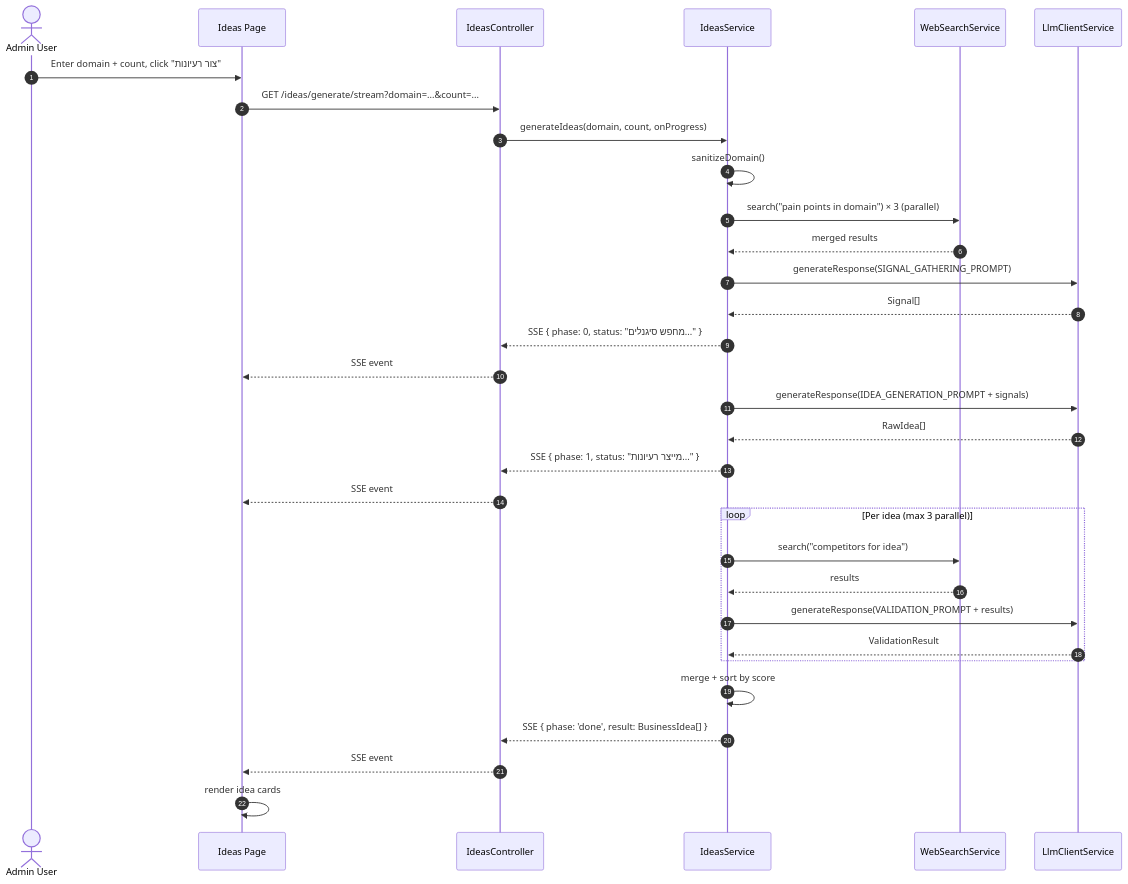
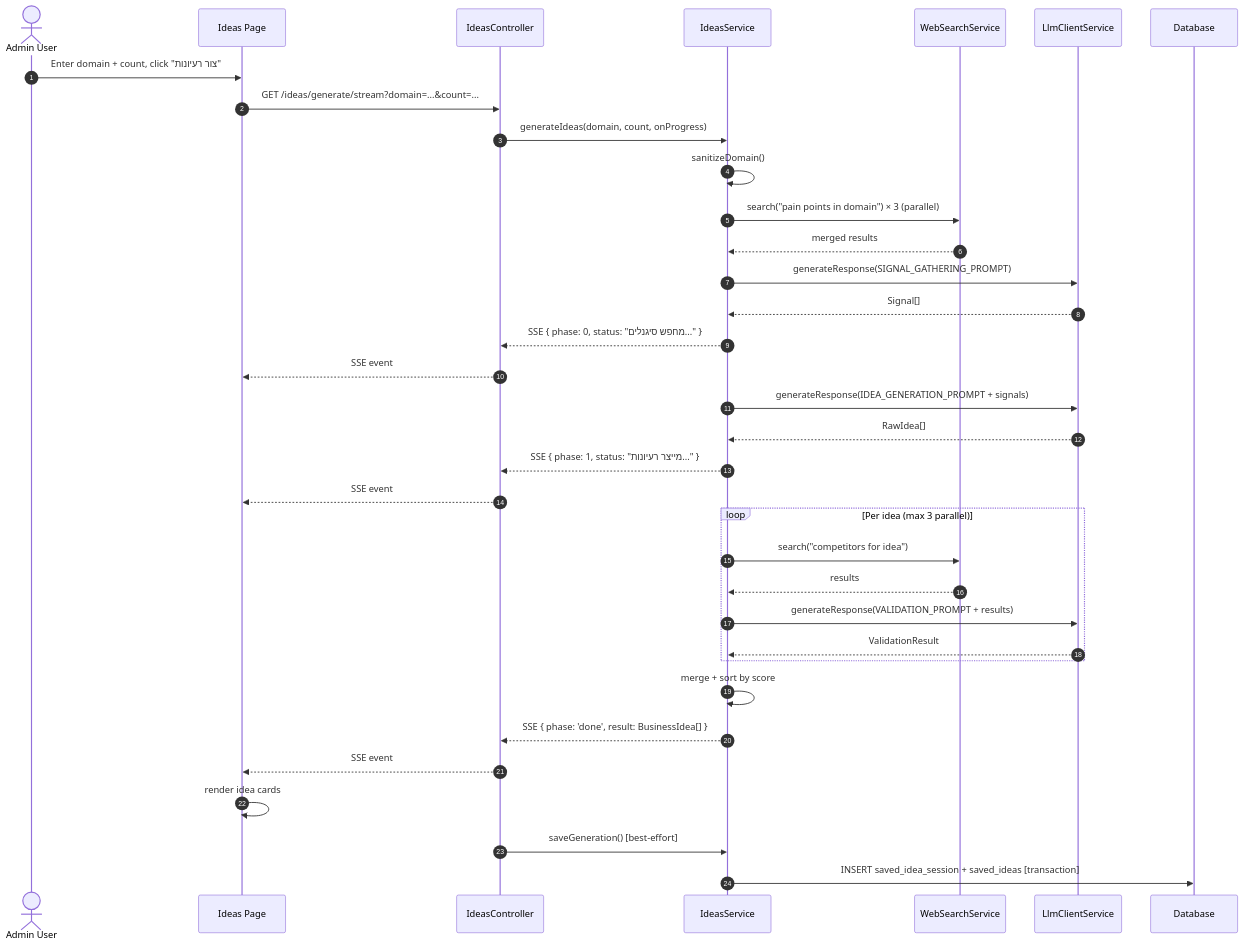
The tenth of 11 diagrams in documents/architecture-diagram.md (Poratt/Agentic-Agent), drawn with Mermaid before and after one commit. The commit also changed other lines of this file and 36 other files, not shown here.

````diff
--- a/documents/architecture-diagram.md
+++ b/documents/architecture-diagram.md
@@ -427,35 +434,38 @@
 ```mermaid
 sequenceDiagram
   autonumber
   actor User as Admin User
   participant IdeasUI as Ideas Page
   participant API as IdeasController
   participant Service as IdeasService
   participant Search as WebSearchService
   participant LLM as LlmClientService
+  participant DB as Database
 
   User->>IdeasUI: Enter domain + count, click "צור רעיונות"
   IdeasUI->>API: GET /ideas/generate/stream?domain=...&count=...
   API->>Service: generateIdeas(domain, count, onProgress)
   Service->>Service: sanitizeDomain()
   Service->>Search: search("pain points in domain") × 3 (parallel)
   Search-->>Service: merged results
   Service->>LLM: generateResponse(SIGNAL_GATHERING_PROMPT)
   LLM-->>Service: Signal[]
   Service-->>API: SSE { phase: 0, status: "מחפש סיגנלים..." }
   API-->>IdeasUI: SSE event
   Service->>LLM: generateResponse(IDEA_GENERATION_PROMPT + signals)
   LLM-->>Service: RawIdea[]
   Service-->>API: SSE { phase: 1, status: "מייצר רעיונות..." }
   API-->>IdeasUI: SSE event
   loop Per idea (max 3 parallel)
     Service->>Search: search("competitors for idea")
     Search-->>Service: results
     Service->>LLM: generateResponse(VALIDATION_PROMPT + results)
     LLM-->>Service: ValidationResult
   end
   Service->>Service: merge + sort by score
   Service-->>API: SSE { phase: 'done', result: BusinessIdea[] }
   API-->>IdeasUI: SSE event
   IdeasUI->>IdeasUI: render idea cards
+  API->>Service: saveGeneration() [best-effort]
+  Service->>DB: INSERT saved_idea_session + saved_ideas [transaction]
 ```
````
